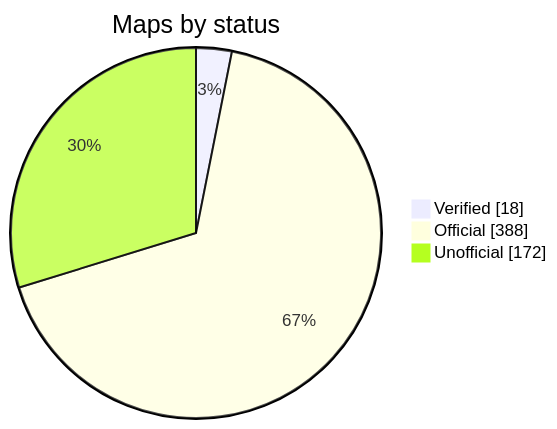
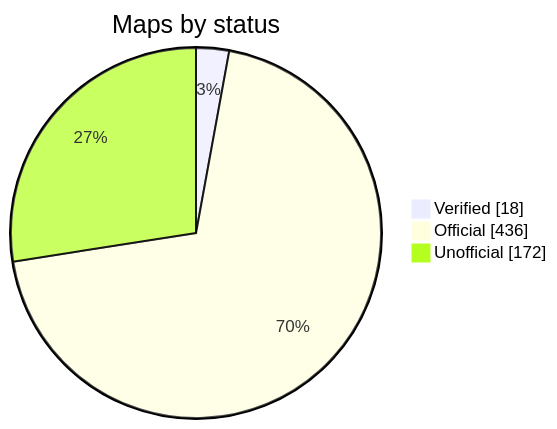
Before and after one commit to nobrega8/mbmap-library: the diagram in README.md, drawn with Mermaid. The commit also changed 53 other files, not shown here.

````diff
--- a/README.md
+++ b/README.md
@@ -52,7 +52,7 @@
 ```mermaid
 pie showData
     title Maps by status
     "Verified" : 18
-    "Official" : 388
+    "Official" : 436
     "Unofficial" : 172
 ```
````
